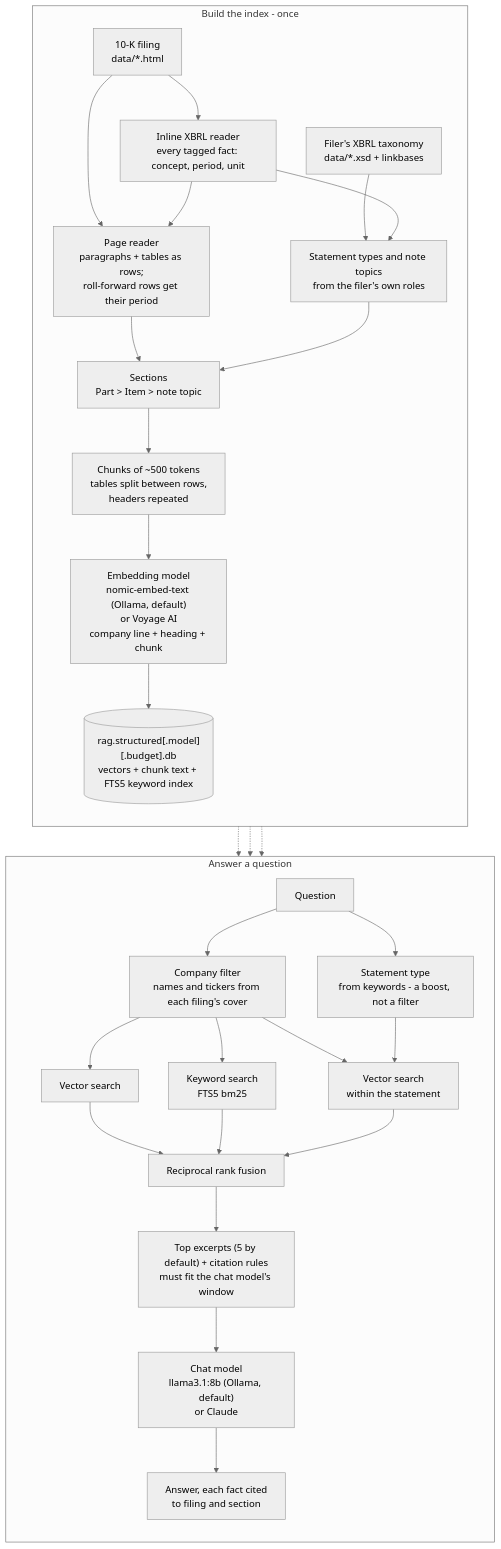
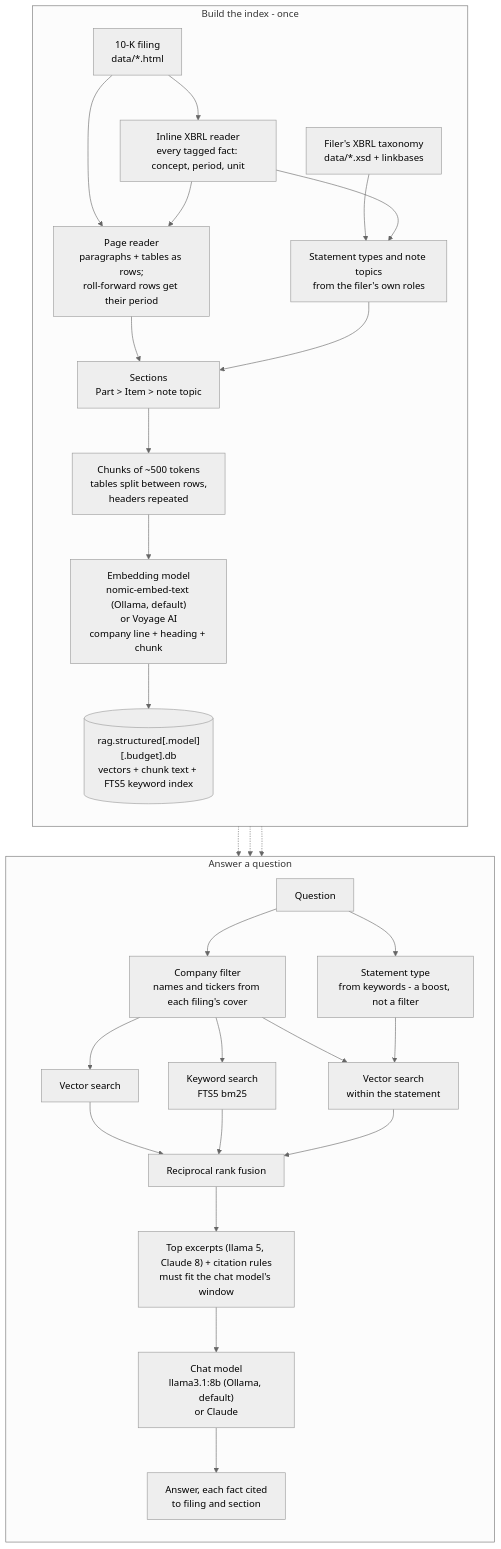
The diagram in README.md (DNikolina/RagFilingExplorer), drawn with Mermaid (neutral theme) before and after one commit. The commit also changed other lines of this file and 6 other files, not shown here.

First line of the commit message:
v4 batch 3 step 9: Claude reads 8 excerpts by default; batch 3 complete

````diff
--- a/README.md
+++ b/README.md
@@ -98,57 +98,57 @@
 ```mermaid
 flowchart TB
     subgraph build["Build the index - once"]
         direction TB
         html["10-K filing<br/>data/*.html"]
         xsd["Filer's XBRL taxonomy<br/>data/*.xsd + linkbases"]
         xbrl["Inline XBRL reader<br/>every tagged fact: concept, period, unit"]
         labels["Statement types and note topics<br/>from the filer's own roles"]
         blocks["Page reader<br/>paragraphs + tables as rows;<br/>roll-forward rows get their period"]
         sections["Sections<br/>Part > Item > note topic"]
         chunks["Chunks of ~500 tokens<br/>tables split between rows,<br/>headers repeated"]
         embed["Embedding model<br/>nomic-embed-text (Ollama, default)<br/>or Voyage AI<br/>company line + heading + chunk"]
         db[("rag.structured[.model][.budget].db<br/>vectors + chunk text + FTS5 keyword index")]
 
         html --> xbrl
         html --> blocks
         xsd --> labels
         xbrl --> labels
         xbrl --> blocks
         blocks --> sections
         labels --> sections
         sections --> chunks
         chunks --> embed
         embed --> db
     end
 
     subgraph ask["Answer a question"]
         direction TB
         q["Question"]
         company["Company filter<br/>names and tickers from each filing's cover"]
         statement["Statement type<br/>from keywords - a boost, not a filter"]
         vec["Vector search"]
         kw["Keyword search<br/>FTS5 bm25"]
         vecst["Vector search<br/>within the statement"]
         fuse["Reciprocal rank fusion"]
-        prompt["Top excerpts (5 by default) + citation rules<br/>must fit the chat model's window"]
+        prompt["Top excerpts (llama 5, Claude 8) + citation rules<br/>must fit the chat model's window"]
         llm["Chat model<br/>llama3.1:8b (Ollama, default)<br/>or Claude"]
         answer["Answer, each fact cited<br/>to filing and section"]
 
         q --> company
         q --> statement
         company --> vec
         company --> kw
         company --> vecst
         statement --> vecst
         vec --> fuse
         kw --> fuse
         vecst --> fuse
         fuse --> prompt
         prompt --> llm
         llm --> answer
     end
 
     db -.-> vec
     db -.-> kw
     db -.-> vecst
 ```
````
